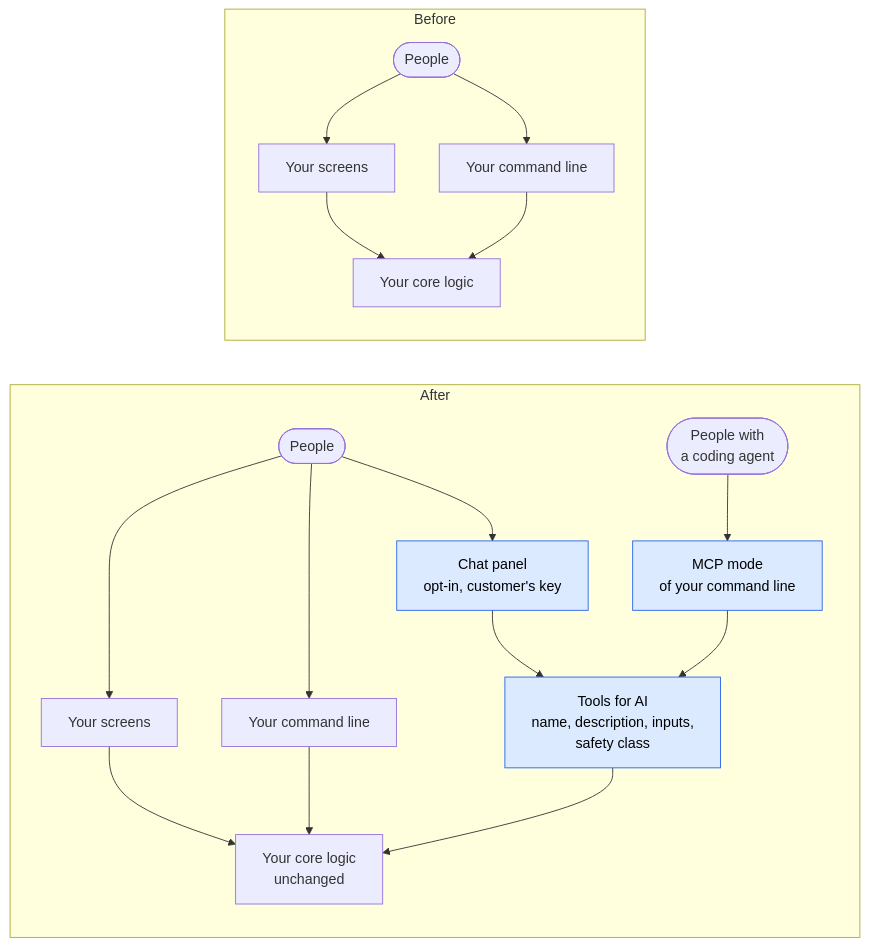
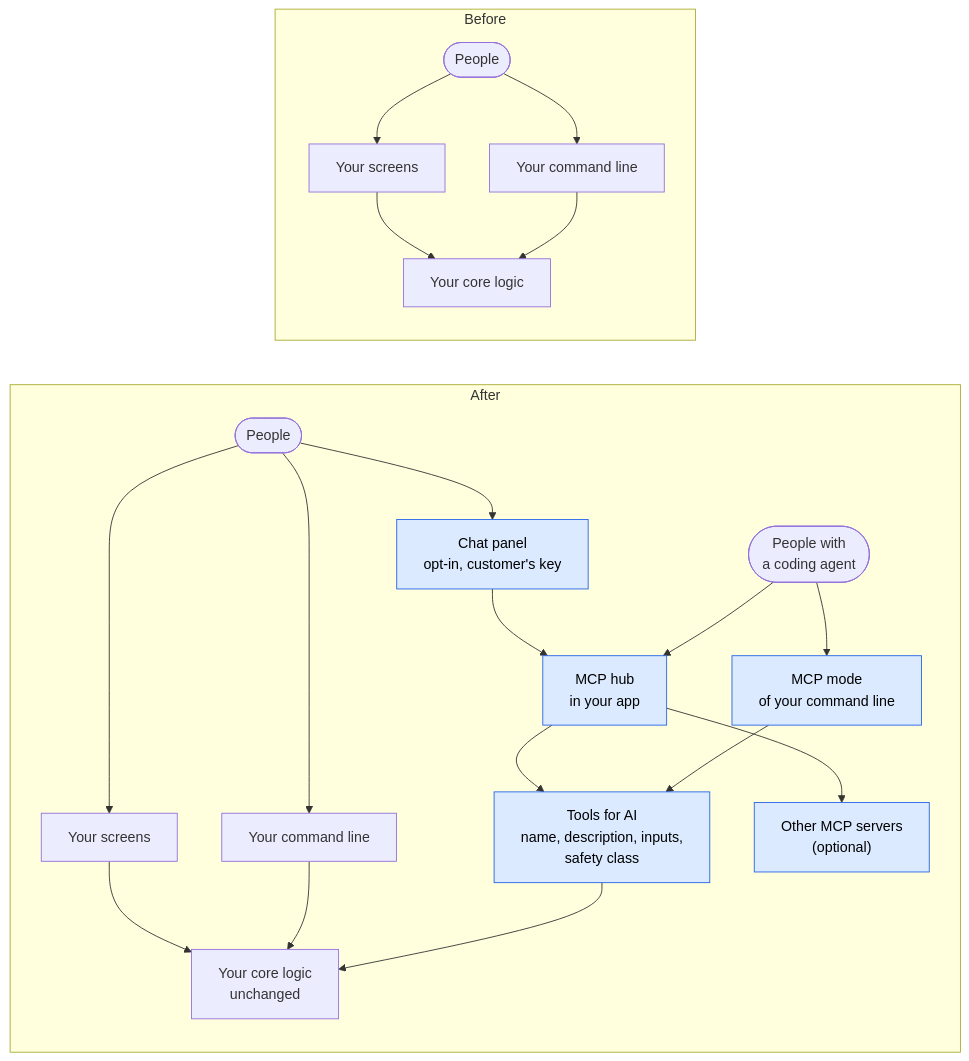
One commit to RelentlessOldMan/ChatbotAddonDemo changed the second of 2 diagrams in README.md. Above: the diagram before and after it, drawn with Mermaid. The commit also changed other lines of this file and 74 other files, not shown here.

First line of the commit message:
Add an MCP hub to the desktop app: one door for the chat, coding agents and other MCP servers

````diff
--- a/README.md
+++ b/README.md
@@ -111,34 +123,40 @@
 ```mermaid
 flowchart TB
     subgraph before["Before"]
         direction TB
         p1(["People"])
         s1["Your screens"]
         c1["Your command line"]
         l1["Your core logic"]
         p1 --> s1 --> l1
         p1 --> c1 --> l1
     end
 
     subgraph after["After"]
         direction TB
         p2(["People"])
         a2(["People with<br/>a coding agent"])
         s2["Your screens"]
         chat["Chat panel<br/>opt-in, customer's key"]
+        hub["MCP hub<br/>in your app"]
         c2["Your command line"]
         mcp["MCP mode<br/>of your command line"]
         tools["Tools for AI<br/>name, description, inputs,<br/>safety class"]
+        other["Other MCP servers<br/>(optional)"]
         l2["Your core logic<br/>unchanged"]
         p2 --> s2 --> l2
         p2 --> c2 --> l2
-        p2 --> chat --> tools
-        a2 --> mcp --> tools
+        p2 --> chat --> hub
+        a2 --> hub
+        a2 --> mcp
+        hub --> tools
+        hub --> other
+        mcp --> tools
         tools --> l2
     end
 
     before ~~~ after
 
     classDef new fill:#dbeafe,stroke:#2563eb,color:#000
-    class chat,mcp,tools new
+    class chat,hub,mcp,tools,other new
 ```
````
